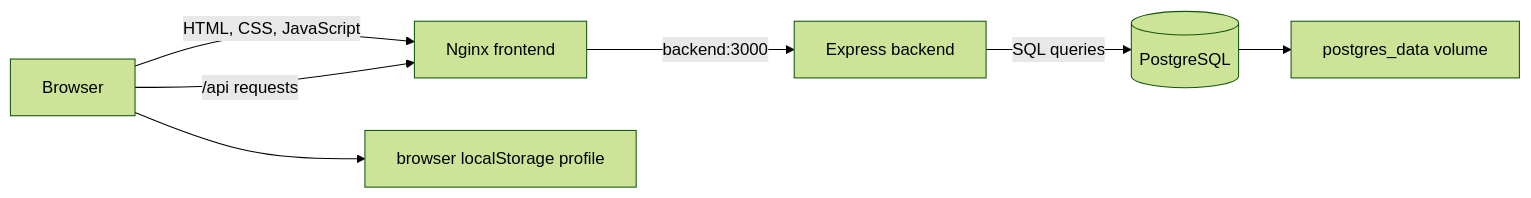
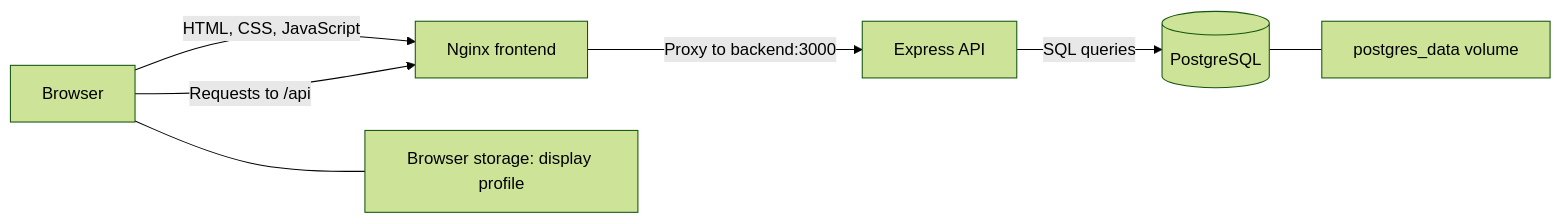
The diagram in SYSTEM_THEORY.md (azalea-17/binus-inventory), drawn with Mermaid (forest theme) before and after one commit. The commit also changed other lines of this file, not shown here.

````diff
--- a/SYSTEM_THEORY.md
+++ b/SYSTEM_THEORY.md
@@ -15,9 +30,9 @@
 ```mermaid
 flowchart LR
     Browser[Browser] -->|HTML, CSS, JavaScript| Nginx[Nginx frontend]
-    Browser -->|/api requests| Nginx
-    Nginx -->|backend:3000| API[Express backend]
-    API -->|SQL queries| DB[(PostgreSQL)]
-    DB --> Volume[postgres_data volume]
-    Browser --> Profile[browser localStorage profile]
+    Browser -->|Requests to /api| Nginx
+    Nginx -->|Proxy to backend:3000| Backend[Express API]
+    Backend -->|SQL queries| Database[(PostgreSQL)]
+    Database --- Volume[postgres_data volume]
+    Browser --- Profile[Browser storage: display profile]
 ```
````
